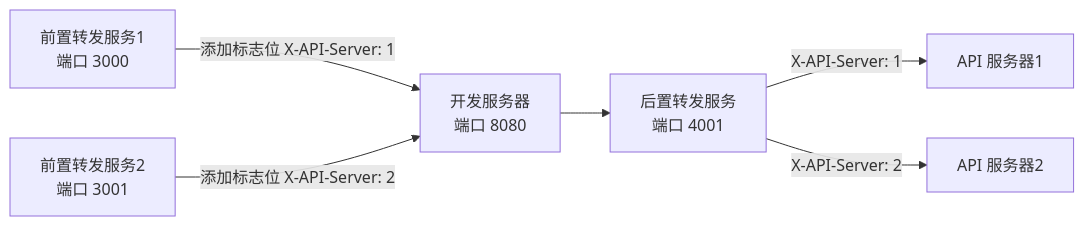
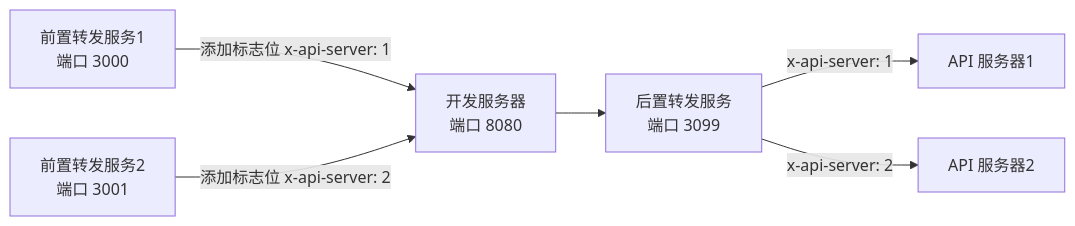
Before and after one commit to helloskynet/env-manage-plugin: the diagram in readme.md, drawn with Mermaid. The commit also changed other lines of this file and 5 other files, not shown here.

````diff
--- a/readme.md
+++ b/readme.md
@@ -11,8 +5,8 @@
 ```mermaid
 graph LR
-    A[前置转发服务1<br>端口 3000] -->|添加标志位 X-API-Server: 1| B[开发服务器<br>端口 8080]
-    C[前置转发服务2<br>端口 3001] -->|添加标志位 X-API-Server: 2| B
-    B --> D[后置转发服务<br>端口 4001]
-    D -->|X-API-Server: 1| E[API 服务器1]
-    D -->|X-API-Server: 2| F[API 服务器2]
+    A[前置转发服务1<br>端口 3000] -->|添加标志位 x-api-server: 1| B[开发服务器<br>端口 8080]
+    C[前置转发服务2<br>端口 3001] -->|添加标志位 x-api-server: 2| B
+    B --> D[后置转发服务<br>端口 3099]
+    D -->|x-api-server: 1| E[API 服务器1]
+    D -->|x-api-server: 2| F[API 服务器2]
 ```
````
